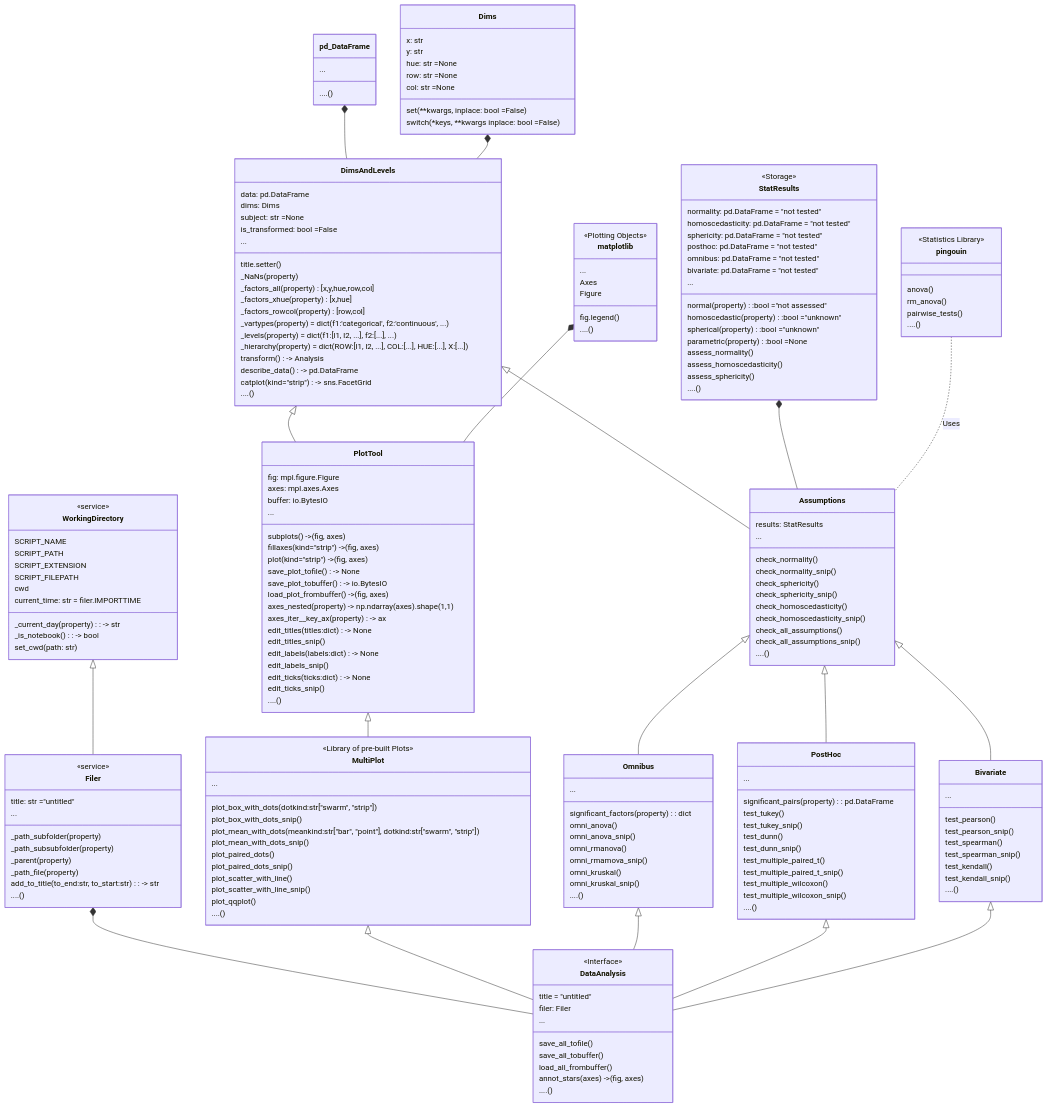
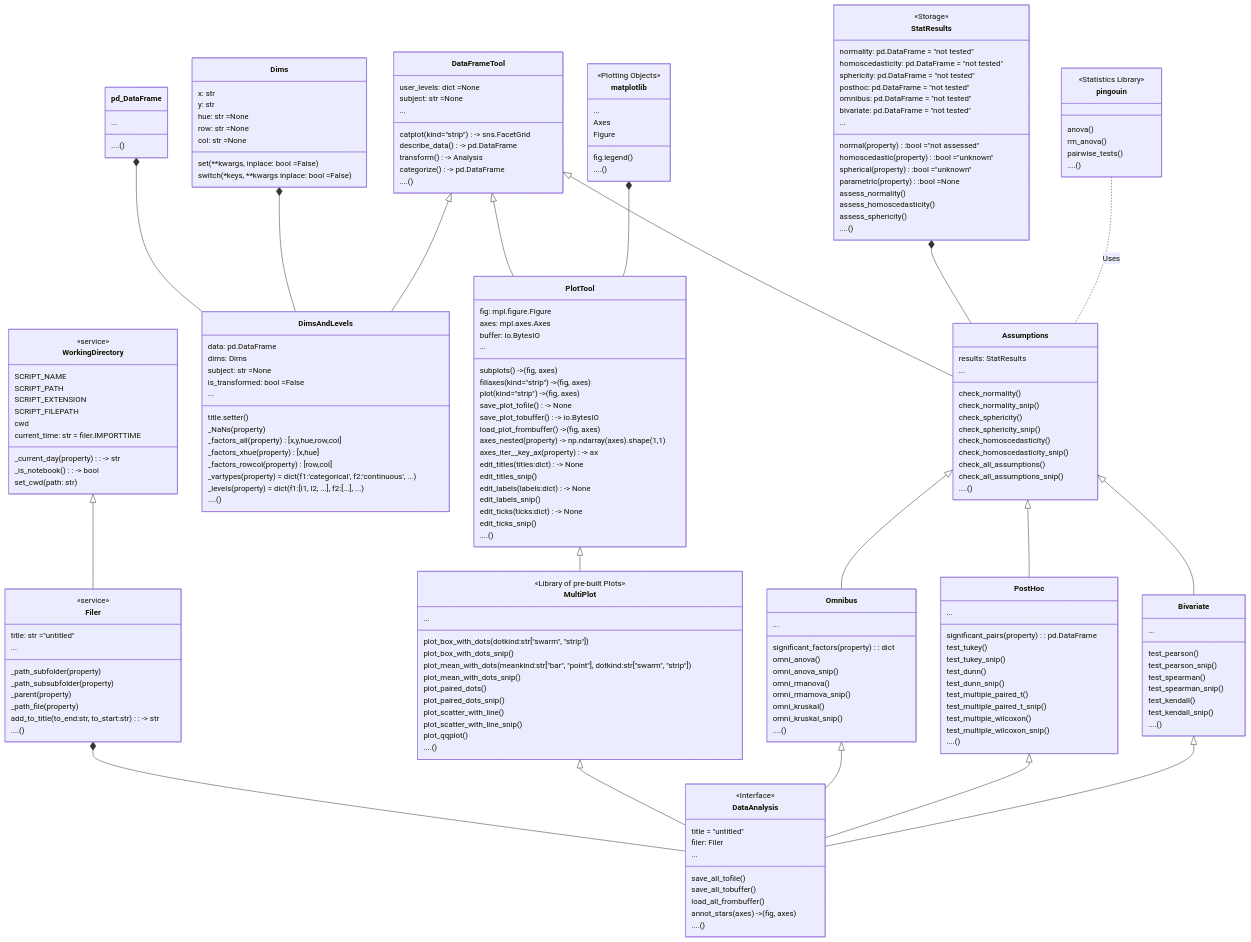
One commit to markur4/plotastic changed the first of 2 diagrams in README.md. Above: the diagram before and after it, drawn with Mermaid. The commit also changed other lines of this file and 8 other files, not shown here.

```diff
--- a/README.md
+++ b/README.md
@@ -167,25 +167,34 @@
       _factors_rowcol(property) [row,col]
       _vartypes(property) = dict(f1:'categorical', f2:'continuous', ...)
       _levels(property) = dict(f1:[l1, l2, ...], f2:[...], ...)
-      _hierarchy(property) = dict(ROW:[l1, l2, ...], COL:[...], HUE:[...], X:[...])
-      transform() -> Analysis
-      describe_data() -> pd.DataFrame
-      catplot(kind="strip") -> sns.FacetGrid
       ....()
    }
-   click DimsAndLevels href "https://github.com/markur4/plotastic/blob/main/plotastic/DimsAndLevels.py" "DimsAndLevels.py"
+   click DimsAndLevels href "https://github.com/markur4/plotastic/blob/main/plotastic/dimsandlevels.py" "DimsAndLevels.py"
   
    pd_DataFrame *-- DimsAndLevels
    Dims *-- DimsAndLevels
 
 
 
-   DimsAndLevels <|-- PlotTool
+
+   class DataFrameTool{
+      user_levels: dict =None
+      subject: str =None
+      ...
+      catplot(kind="strip") -> sns.FacetGrid
+      describe_data() -> pd.DataFrame
+      transform() -> Analysis
+      categorize() -> pd.DataFrame
+      ....()
+   }
+  click DataFrameTool href "https://github.com/markur4/plotastic/blob/main/plotastic/dataframetool.py" "DimsAndLevels.py"
+
+   DataFrameTool <|-- DimsAndLevels
+   DataFrameTool <|-- PlotTool
    %%Analysis <|-- Assumptions
    %%Analysis <|-- Omnibus
    %%Analysis <|-- PostHoc
-   DimsAndLevels <|-- Assumptions
-
+   DataFrameTool <|-- Assumptions
 
    %% STATISTICS #......................................................................................
 
```
